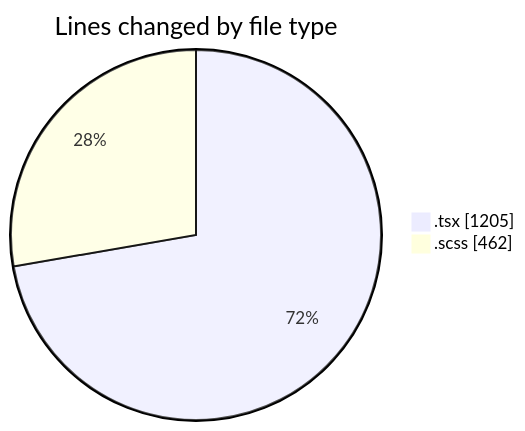
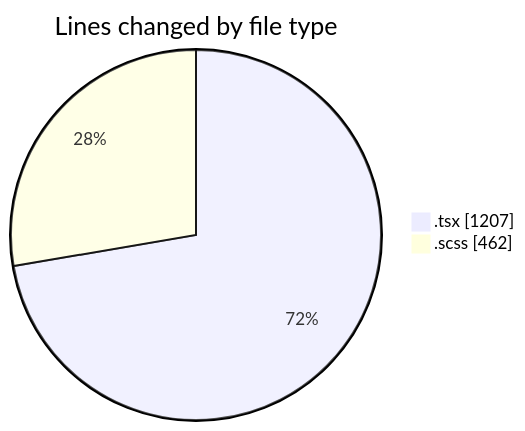
The first of 2 diagrams in 2026-08-26/cda/README.md (momahboobian/code-tracking), drawn with Mermaid before and after one commit. The commit also changed other lines of this file and 1 other file, not shown here.

````diff
--- a/2026-08-26/cda/README.md
+++ b/2026-08-26/cda/README.md
@@ -29,6 +30,6 @@
 ```mermaid
 pie showData
 title Lines changed by file type
-".tsx" : 1205
+".tsx" : 1207
 ".scss" : 462
 ```
````
